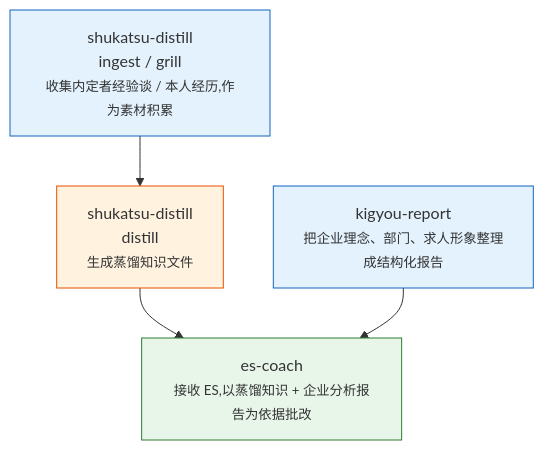
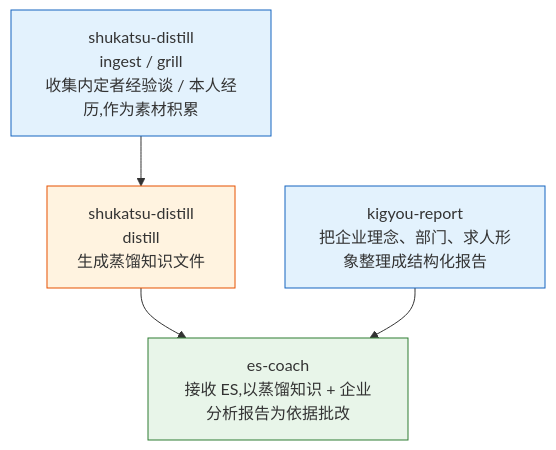
The diagram in README.zh.md (jiayi-ThE-CREATOR/es-coach-skills), drawn with Mermaid before and after one commit. The commit also changed 4 other files, not shown here.

First line of the commit message:
fix: strip <small>/<b> tags from Mermaid labels (GitHub renderer rejects them)

````diff
--- a/README.zh.md
+++ b/README.zh.md
@@ -11,16 +11,16 @@
 ```mermaid
 flowchart TB
-    A["shukatsu-distill<br/>ingest / grill<br/><small>收集内定者经验谈 / 本人经历,作为素材积累</small>"]
-    B["kigyou-report<br/><small>把企业理念、部门、求人形象整理成结构化报告</small>"]
-    C["shukatsu-distill<br/>distill<br/><small>生成蒸馏知识文件</small>"]
-    D["es-coach<br/><small>接收 ES,以蒸馏知识 + 企业分析报告为依据批改</small>"]
+    A["shukatsu-distill<br/>ingest / grill<br/>收集内定者经验谈 / 本人经历,作为素材积累"]
+    B["kigyou-report<br/>把企业理念、部门、求人形象整理成结构化报告"]
+    C["shukatsu-distill<br/>distill<br/>生成蒸馏知识文件"]
+    D["es-coach<br/>接收 ES,以蒸馏知识 + 企业分析报告为依据批改"]
 
     A --> C
     C --> D
     B --> D
 
     style A fill:#e3f2fd,stroke:#1565c0
     style B fill:#e3f2fd,stroke:#1565c0
     style C fill:#fff3e0,stroke:#e65100
     style D fill:#e8f5e9,stroke:#2e7d32
 ```
````
